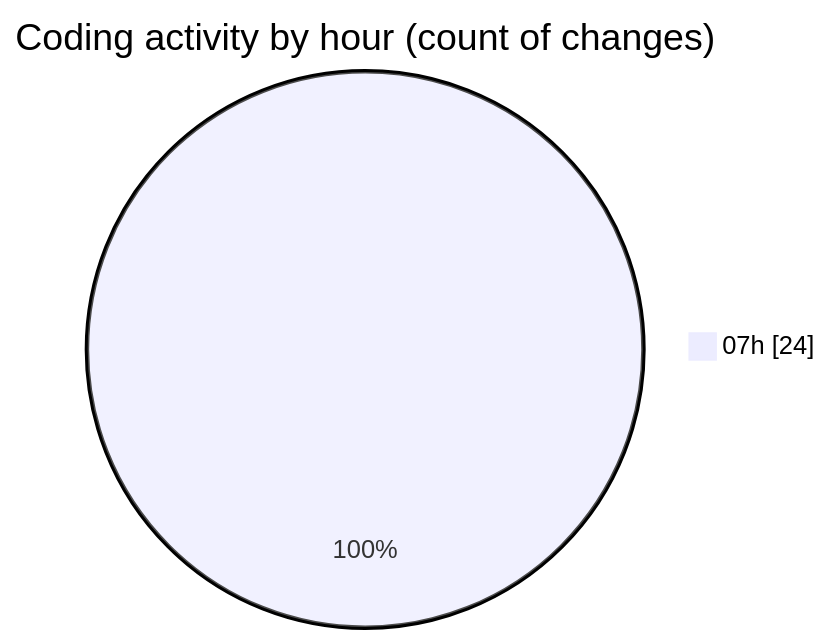
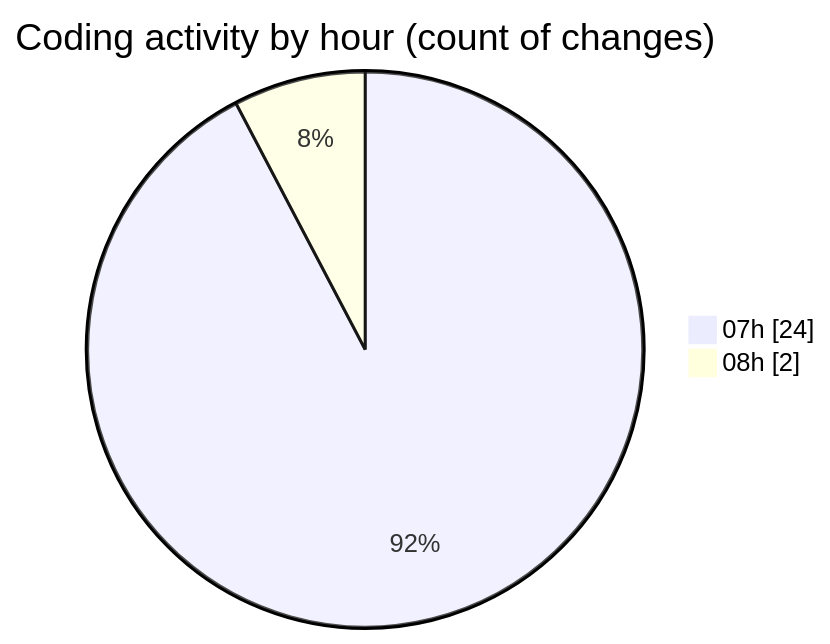
One commit to robertbonfada/code-tracking changed the second of 2 diagrams in 2025-03-10/mbc-web/README.md. Above: the diagram before and after it, drawn with Mermaid. The commit also changed other lines of this file and 1 other file, not shown here.

````diff
--- a/2025-03-10/mbc-web/README.md
+++ b/2025-03-10/mbc-web/README.md
@@ -35,5 +35,6 @@
 ```mermaid
 pie showData
 title Coding activity by hour (count of changes)
 "07h" : 24
+"08h" : 2
 ```
````
